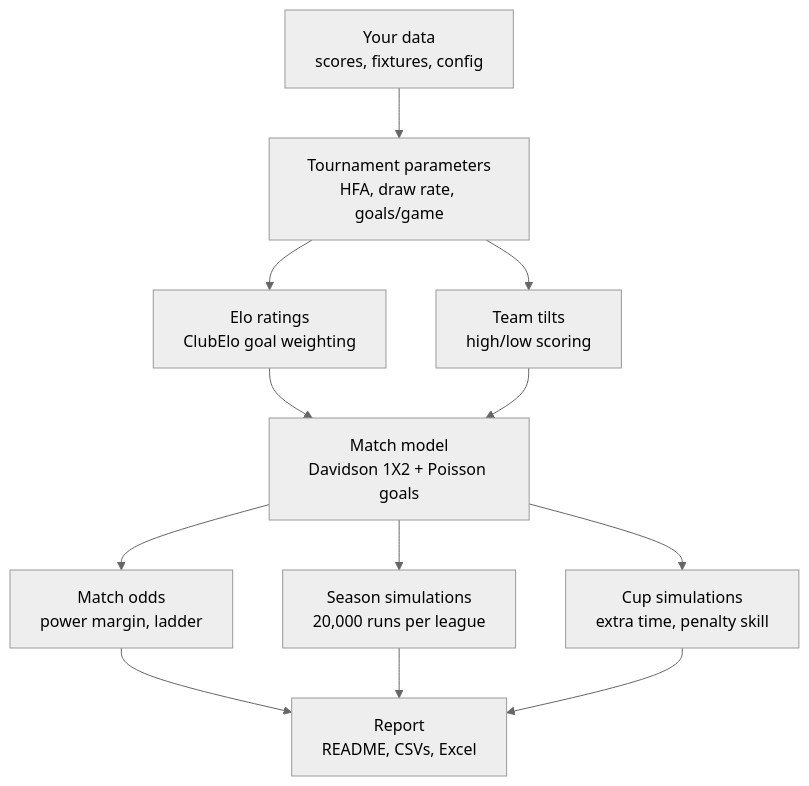
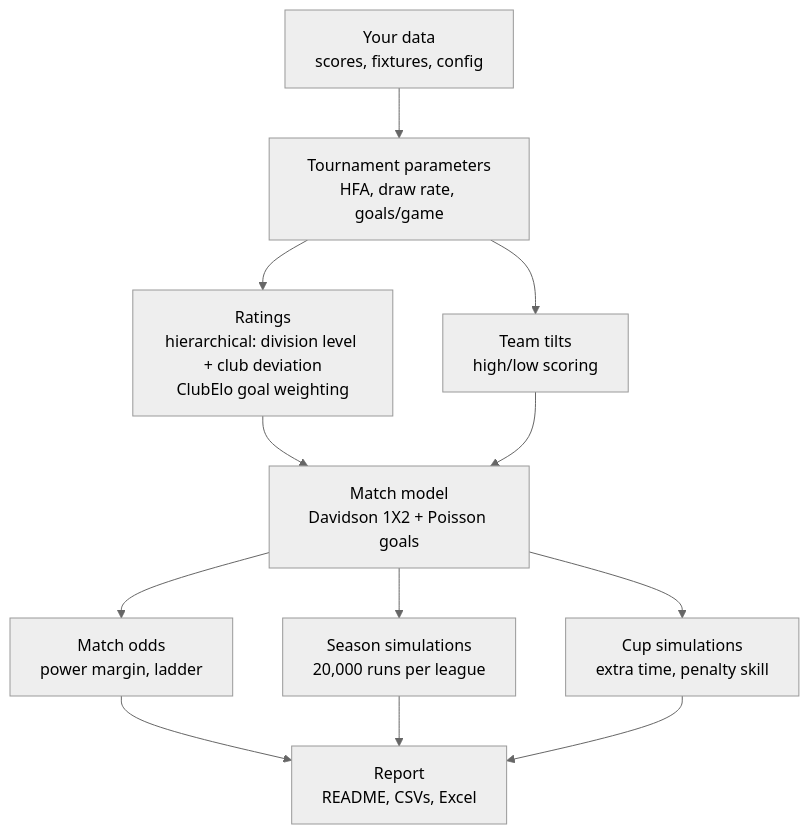
The diagram in docs/PIPELINE.md (mpournouzi/soccer-model-jpn), drawn with Mermaid (neutral theme) before and after one commit. The commit also changed other lines of this file and 1 other file, not shown here.

First line of the commit message:
Docs: refresh README and PIPELINE for the live hierarchical engine

````diff
--- a/docs/PIPELINE.md
+++ b/docs/PIPELINE.md
@@ -12,14 +12,14 @@
 ```mermaid
 flowchart TD
     A[Your data<br/>scores, fixtures, config] --> B[Tournament parameters<br/>HFA, draw rate, goals/game]
-    B --> C[Elo ratings<br/>ClubElo goal weighting]
+    B --> C[Ratings<br/>hierarchical: division level + club deviation<br/>ClubElo goal weighting]
     B --> D[Team tilts<br/>high/low scoring]
     C --> E[Match model<br/>Davidson 1X2 + Poisson goals]
     D --> E
     E --> F[Match odds<br/>power margin, ladder]
     E --> G[Season simulations<br/>20,000 runs per league]
     E --> H[Cup simulations<br/>extra time, penalty skill]
     F --> R[Report<br/>README, CSVs, Excel]
     G --> R
     H --> R
 ```
````
